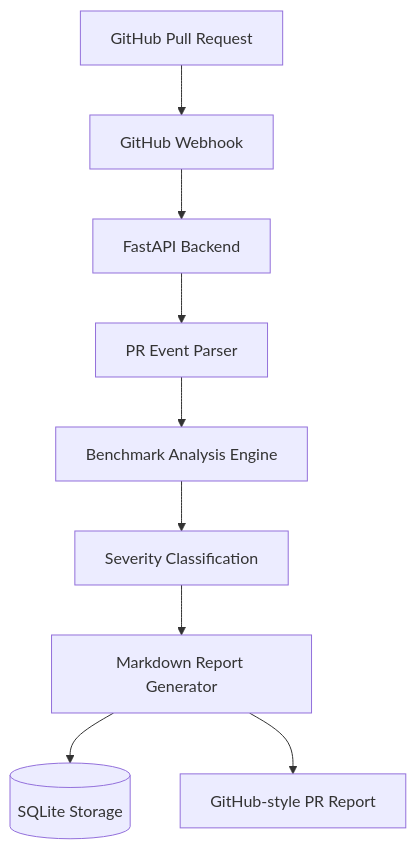
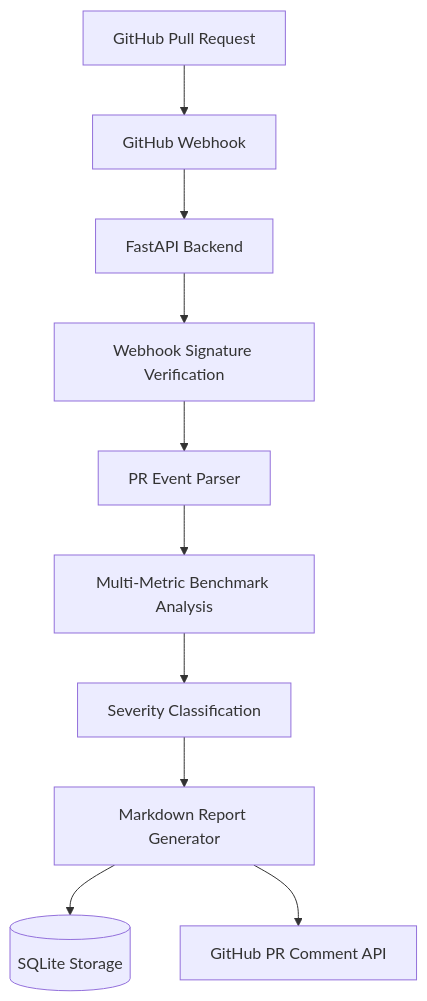
One commit to OmprakashSahani/benchmark-guardian changed the diagram in README.md. Above: the diagram before and after it, drawn with Mermaid. The commit also changed other lines of this file and 6 other files, not shown here.

Commit message:
docs: add live GitHub App demo and showcase assets

````diff
--- a/README.md
+++ b/README.md
@@ -26,20 +120,12 @@
 ```mermaid
 flowchart TD
-
-    A[GitHub Pull Request]
-    --> B[GitHub Webhook]
-
+    A[GitHub Pull Request] --> B[GitHub Webhook]
     B --> C[FastAPI Backend]
-
-    C --> D[PR Event Parser]
-
-    D --> E[Benchmark Analysis Engine]
-
-    E --> F[Severity Classification]
-
-    F --> G[Markdown Report Generator]
-
-    G --> H[(SQLite Storage)]
-
-    G --> I[GitHub-style PR Report]
+    C --> D[Webhook Signature Verification]
+    D --> E[PR Event Parser]
+    E --> F[Multi-Metric Benchmark Analysis]
+    F --> G[Severity Classification]
+    G --> H[Markdown Report Generator]
+    H --> I[(SQLite Storage)]
+    H --> J[GitHub PR Comment API]
 ```
````
